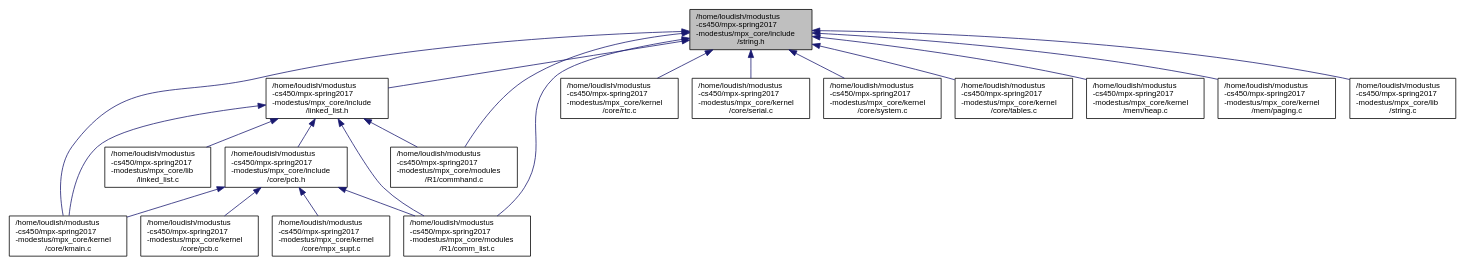
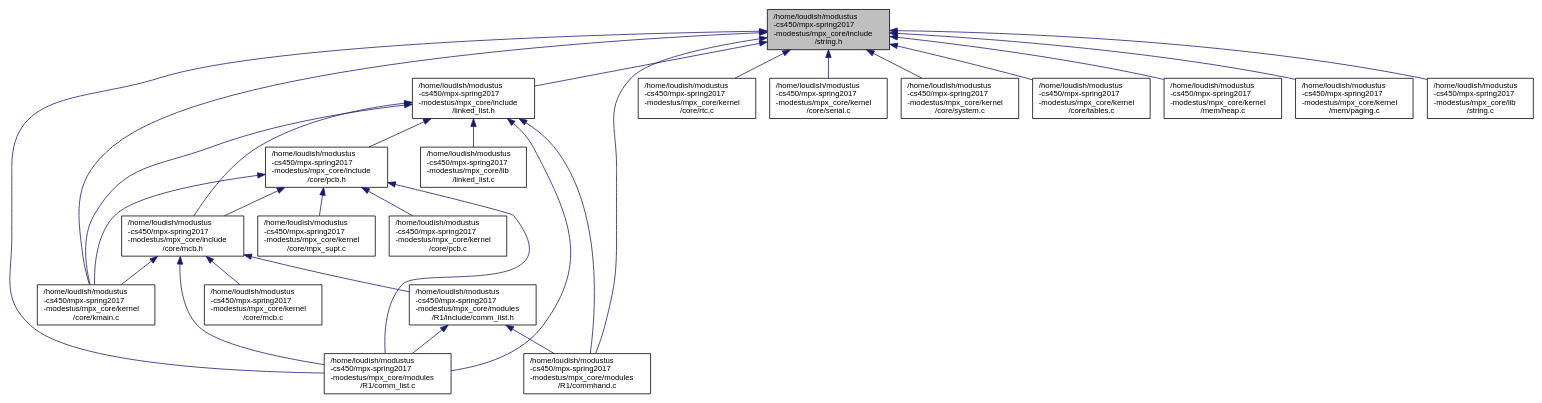
One commit to mpgramlich/mpgramlich.github.io changed the diagram in string_8h__dep__incl.dot. Above: the diagram before and after it, drawn with Graphviz. The commit also changed 259 other files, not shown here.

```diff
--- a/string_8h__dep__incl.dot
+++ b/string_8h__dep__incl.dot
@@ -1,41 +1,52 @@
 digraph "/home/loudish/modustus-cs450/mpx-spring2017-modestus/mpx_core/include/string.h"
 {
   edge [fontname="Helvetica",fontsize="10",labelfontname="Helvetica",labelfontsize="10"];
   node [fontname="Helvetica",fontsize="10",shape=record];
   Node1 [label="/home/loudish/modustus\l-cs450/mpx-spring2017\l-modestus/mpx_core/include\l/string.h",height=0.2,width=0.4,color="black", fillcolor="grey75", style="filled", fontcolor="black"];
   Node1 -> Node2 [dir="back",color="midnightblue",fontsize="10",style="solid",fontname="Helvetica"];
   Node2 [label="/home/loudish/modustus\l-cs450/mpx-spring2017\l-modestus/mpx_core/include\l/linked_list.h",height=0.2,width=0.4,color="black", fillcolor="white", style="filled",URL="$linked__list_8h.html"];
   Node2 -> Node3 [dir="back",color="midnightblue",fontsize="10",style="solid",fontname="Helvetica"];
-  Node3 [label="/home/loudish/modustus\l-cs450/mpx-spring2017\l-modestus/mpx_core/include\l/core/pcb.h",height=0.2,width=0.4,color="black", fillcolor="white", style="filled",URL="$pcb_8h.html"];
+  Node3 [label="/home/loudish/modustus\l-cs450/mpx-spring2017\l-modestus/mpx_core/include\l/core/mcb.h",height=0.2,width=0.4,color="black", fillcolor="white", style="filled",URL="$mcb_8h.html"];
   Node3 -> Node4 [dir="back",color="midnightblue",fontsize="10",style="solid",fontname="Helvetica"];
   Node4 [label="/home/loudish/modustus\l-cs450/mpx-spring2017\l-modestus/mpx_core/kernel\l/core/kmain.c",height=0.2,width=0.4,color="black", fillcolor="white", style="filled",URL="$kmain_8c.html"];
   Node3 -> Node5 [dir="back",color="midnightblue",fontsize="10",style="solid",fontname="Helvetica"];
-  Node5 [label="/home/loudish/modustus\l-cs450/mpx-spring2017\l-modestus/mpx_core/kernel\l/core/mpx_supt.c",height=0.2,width=0.4,color="black", fillcolor="white", style="filled",URL="$mpx__supt_8c.html"];
+  Node5 [label="/home/loudish/modustus\l-cs450/mpx-spring2017\l-modestus/mpx_core/kernel\l/core/mcb.c",height=0.2,width=0.4,color="black", fillcolor="white", style="filled",URL="$mcb_8c.html"];
   Node3 -> Node6 [dir="back",color="midnightblue",fontsize="10",style="solid",fontname="Helvetica"];
-  Node6 [label="/home/loudish/modustus\l-cs450/mpx-spring2017\l-modestus/mpx_core/kernel\l/core/pcb.c",height=0.2,width=0.4,color="black", fillcolor="white", style="filled",URL="$pcb_8c.html"];
+  Node6 [label="/home/loudish/modustus\l-cs450/mpx-spring2017\l-modestus/mpx_core/modules\l/R1/include/comm_list.h",height=0.2,width=0.4,color="black", fillcolor="white", style="filled",URL="$comm__list_8h.html"];
+  Node6 -> Node7 [dir="back",color="midnightblue",fontsize="10",style="solid",fontname="Helvetica"];
+  Node7 [label="/home/loudish/modustus\l-cs450/mpx-spring2017\l-modestus/mpx_core/modules\l/R1/comm_list.c",height=0.2,width=0.4,color="black", fillcolor="white", style="filled",URL="$comm__list_8c.html"];
+  Node6 -> Node8 [dir="back",color="midnightblue",fontsize="10",style="solid",fontname="Helvetica"];
+  Node8 [label="/home/loudish/modustus\l-cs450/mpx-spring2017\l-modestus/mpx_core/modules\l/R1/commhand.c",height=0.2,width=0.4,color="black", fillcolor="white", style="filled",URL="$commhand_8c.html"];
   Node3 -> Node7 [dir="back",color="midnightblue",fontsize="10",style="solid",fontname="Helvetica"];
-  Node7 [label="/home/loudish/modustus\l-cs450/mpx-spring2017\l-modestus/mpx_core/modules\l/R1/comm_list.c",height=0.2,width=0.4,color="black", fillcolor="white", style="filled",URL="$comm__list_8c.html"];
+  Node2 -> Node9 [dir="back",color="midnightblue",fontsize="10",style="solid",fontname="Helvetica"];
+  Node9 [label="/home/loudish/modustus\l-cs450/mpx-spring2017\l-modestus/mpx_core/include\l/core/pcb.h",height=0.2,width=0.4,color="black", fillcolor="white", style="filled",URL="$pcb_8h.html"];
+  Node9 -> Node3 [dir="back",color="midnightblue",fontsize="10",style="solid",fontname="Helvetica"];
+  Node9 -> Node4 [dir="back",color="midnightblue",fontsize="10",style="solid",fontname="Helvetica"];
+  Node9 -> Node10 [dir="back",color="midnightblue",fontsize="10",style="solid",fontname="Helvetica"];
+  Node10 [label="/home/loudish/modustus\l-cs450/mpx-spring2017\l-modestus/mpx_core/kernel\l/core/mpx_supt.c",height=0.2,width=0.4,color="black", fillcolor="white", style="filled",URL="$mpx__supt_8c.html"];
+  Node9 -> Node11 [dir="back",color="midnightblue",fontsize="10",style="solid",fontname="Helvetica"];
+  Node11 [label="/home/loudish/modustus\l-cs450/mpx-spring2017\l-modestus/mpx_core/kernel\l/core/pcb.c",height=0.2,width=0.4,color="black", fillcolor="white", style="filled",URL="$pcb_8c.html"];
+  Node9 -> Node7 [dir="back",color="midnightblue",fontsize="10",style="solid",fontname="Helvetica"];
   Node2 -> Node4 [dir="back",color="midnightblue",fontsize="10",style="solid",fontname="Helvetica"];
+  Node2 -> Node12 [dir="back",color="midnightblue",fontsize="10",style="solid",fontname="Helvetica"];
+  Node12 [label="/home/loudish/modustus\l-cs450/mpx-spring2017\l-modestus/mpx_core/lib\l/linked_list.c",height=0.2,width=0.4,color="black", fillcolor="white", style="filled",URL="$linked__list_8c.html"];
+  Node2 -> Node7 [dir="back",color="midnightblue",fontsize="10",style="solid",fontname="Helvetica"];
   Node2 -> Node8 [dir="back",color="midnightblue",fontsize="10",style="solid",fontname="Helvetica"];
-  Node8 [label="/home/loudish/modustus\l-cs450/mpx-spring2017\l-modestus/mpx_core/lib\l/linked_list.c",height=0.2,width=0.4,color="black", fillcolor="white", style="filled",URL="$linked__list_8c.html"];
-  Node2 -> Node7 [dir="back",color="midnightblue",fontsize="10",style="solid",fontname="Helvetica"];
-  Node2 -> Node9 [dir="back",color="midnightblue",fontsize="10",style="solid",fontname="Helvetica"];
-  Node9 [label="/home/loudish/modustus\l-cs450/mpx-spring2017\l-modestus/mpx_core/modules\l/R1/commhand.c",height=0.2,width=0.4,color="black", fillcolor="white", style="filled",URL="$commhand_8c.html"];
   Node1 -> Node4 [dir="back",color="midnightblue",fontsize="10",style="solid",fontname="Helvetica"];
-  Node1 -> Node10 [dir="back",color="midnightblue",fontsize="10",style="solid",fontname="Helvetica"];
-  Node10 [label="/home/loudish/modustus\l-cs450/mpx-spring2017\l-modestus/mpx_core/kernel\l/core/rtc.c",height=0.2,width=0.4,color="black", fillcolor="white", style="filled",URL="$rtc_8c.html"];
-  Node1 -> Node11 [dir="back",color="midnightblue",fontsize="10",style="solid",fontname="Helvetica"];
-  Node11 [label="/home/loudish/modustus\l-cs450/mpx-spring2017\l-modestus/mpx_core/kernel\l/core/serial.c",height=0.2,width=0.4,color="black", fillcolor="white", style="filled",URL="$serial_8c.html"];
-  Node1 -> Node12 [dir="back",color="midnightblue",fontsize="10",style="solid",fontname="Helvetica"];
-  Node12 [label="/home/loudish/modustus\l-cs450/mpx-spring2017\l-modestus/mpx_core/kernel\l/core/system.c",height=0.2,width=0.4,color="black", fillcolor="white", style="filled",URL="$system_8c.html"];
   Node1 -> Node13 [dir="back",color="midnightblue",fontsize="10",style="solid",fontname="Helvetica"];
-  Node13 [label="/home/loudish/modustus\l-cs450/mpx-spring2017\l-modestus/mpx_core/kernel\l/core/tables.c",height=0.2,width=0.4,color="black", fillcolor="white", style="filled",URL="$tables_8c.html"];
+  Node13 [label="/home/loudish/modustus\l-cs450/mpx-spring2017\l-modestus/mpx_core/kernel\l/core/rtc.c",height=0.2,width=0.4,color="black", fillcolor="white", style="filled",URL="$rtc_8c.html"];
   Node1 -> Node14 [dir="back",color="midnightblue",fontsize="10",style="solid",fontname="Helvetica"];
-  Node14 [label="/home/loudish/modustus\l-cs450/mpx-spring2017\l-modestus/mpx_core/kernel\l/mem/heap.c",height=0.2,width=0.4,color="black", fillcolor="white", style="filled",URL="$heap_8c.html"];
+  Node14 [label="/home/loudish/modustus\l-cs450/mpx-spring2017\l-modestus/mpx_core/kernel\l/core/serial.c",height=0.2,width=0.4,color="black", fillcolor="white", style="filled",URL="$serial_8c.html"];
   Node1 -> Node15 [dir="back",color="midnightblue",fontsize="10",style="solid",fontname="Helvetica"];
-  Node15 [label="/home/loudish/modustus\l-cs450/mpx-spring2017\l-modestus/mpx_core/kernel\l/mem/paging.c",height=0.2,width=0.4,color="black", fillcolor="white", style="filled",URL="$paging_8c.html"];
+  Node15 [label="/home/loudish/modustus\l-cs450/mpx-spring2017\l-modestus/mpx_core/kernel\l/core/system.c",height=0.2,width=0.4,color="black", fillcolor="white", style="filled",URL="$system_8c.html"];
   Node1 -> Node16 [dir="back",color="midnightblue",fontsize="10",style="solid",fontname="Helvetica"];
-  Node16 [label="/home/loudish/modustus\l-cs450/mpx-spring2017\l-modestus/mpx_core/lib\l/string.c",height=0.2,width=0.4,color="black", fillcolor="white", style="filled",URL="$string_8c.html"];
+  Node16 [label="/home/loudish/modustus\l-cs450/mpx-spring2017\l-modestus/mpx_core/kernel\l/core/tables.c",height=0.2,width=0.4,color="black", fillcolor="white", style="filled",URL="$tables_8c.html"];
+  Node1 -> Node17 [dir="back",color="midnightblue",fontsize="10",style="solid",fontname="Helvetica"];
+  Node17 [label="/home/loudish/modustus\l-cs450/mpx-spring2017\l-modestus/mpx_core/kernel\l/mem/heap.c",height=0.2,width=0.4,color="black", fillcolor="white", style="filled",URL="$heap_8c.html"];
+  Node1 -> Node18 [dir="back",color="midnightblue",fontsize="10",style="solid",fontname="Helvetica"];
+  Node18 [label="/home/loudish/modustus\l-cs450/mpx-spring2017\l-modestus/mpx_core/kernel\l/mem/paging.c",height=0.2,width=0.4,color="black", fillcolor="white", style="filled",URL="$paging_8c.html"];
+  Node1 -> Node19 [dir="back",color="midnightblue",fontsize="10",style="solid",fontname="Helvetica"];
+  Node19 [label="/home/loudish/modustus\l-cs450/mpx-spring2017\l-modestus/mpx_core/lib\l/string.c",height=0.2,width=0.4,color="black", fillcolor="white", style="filled",URL="$string_8c.html"];
   Node1 -> Node7 [dir="back",color="midnightblue",fontsize="10",style="solid",fontname="Helvetica"];
-  Node1 -> Node9 [dir="back",color="midnightblue",fontsize="10",style="solid",fontname="Helvetica"];
+  Node1 -> Node8 [dir="back",color="midnightblue",fontsize="10",style="solid",fontname="Helvetica"];
 }
```
